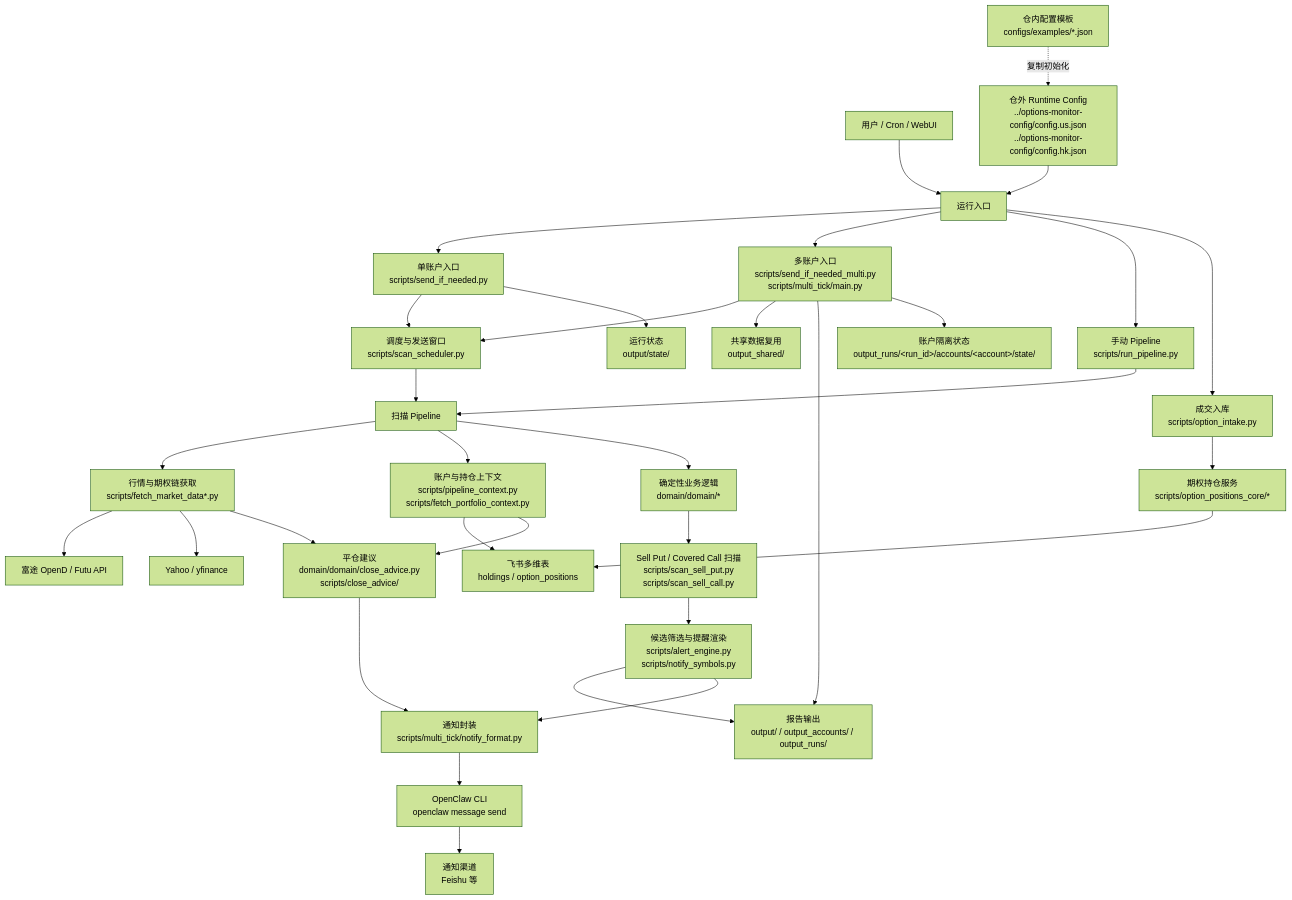
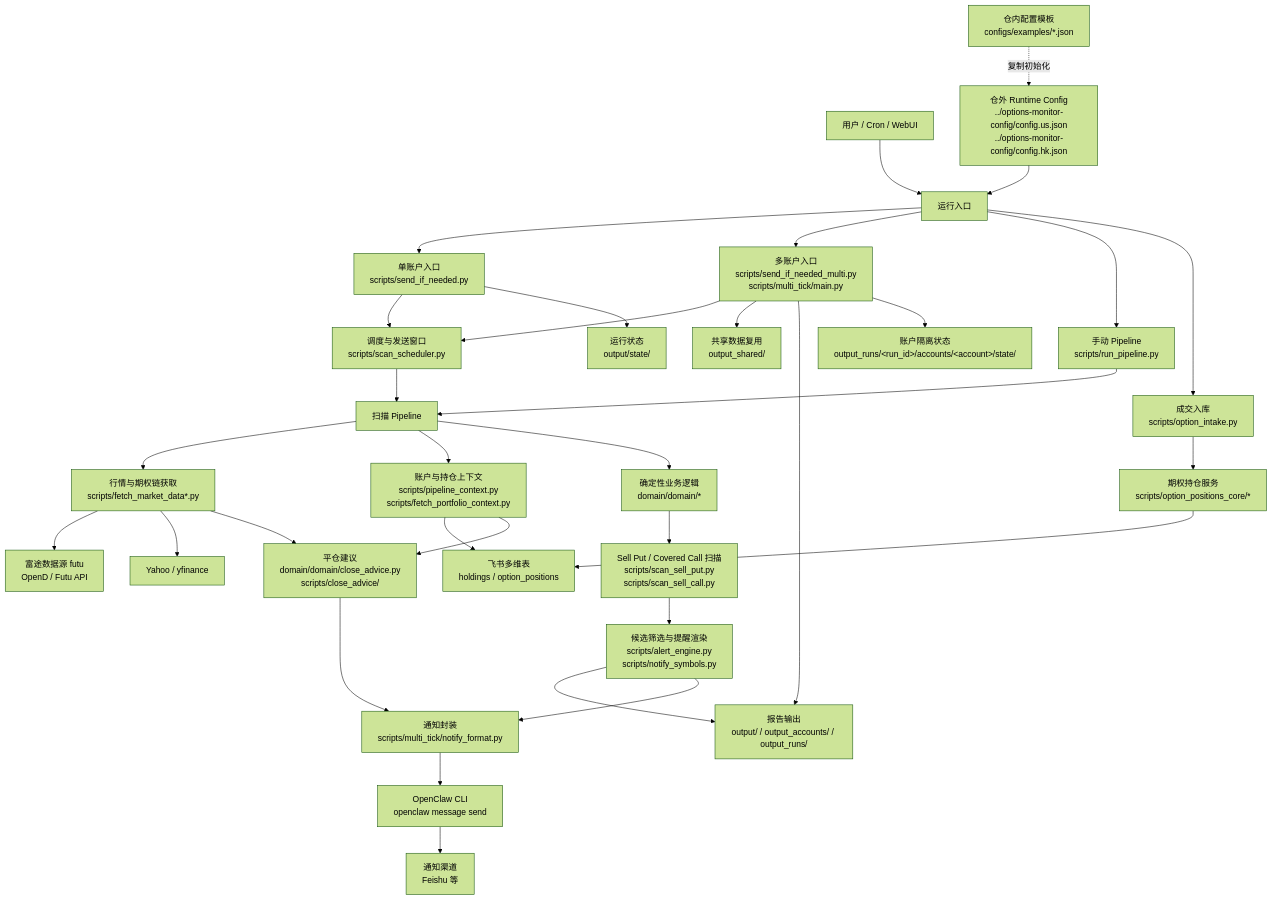
The diagram in README.md (liuxie066/options-monitor), drawn with Mermaid (forest theme) before and after one commit. The commit also changed other lines of this file and 23 other files, not shown here.

````diff
--- a/README.md
+++ b/README.md
@@ -18,43 +18,43 @@
 ```mermaid
 flowchart TD
     User["用户 / Cron / WebUI"] --> Entrypoints["运行入口"]
     Entrypoints --> Single["单账户入口<br/>scripts/send_if_needed.py"]
     Entrypoints --> Multi["多账户入口<br/>scripts/send_if_needed_multi.py<br/>scripts/multi_tick/main.py"]
     Entrypoints --> Pipeline["手动 Pipeline<br/>scripts/run_pipeline.py"]
     Entrypoints --> Intake["成交入库<br/>scripts/option_intake.py"]
 
     RuntimeConfig["仓外 Runtime Config<br/>../options-monitor-config/config.us.json<br/>../options-monitor-config/config.hk.json"] --> Entrypoints
     Examples["仓内配置模板<br/>configs/examples/*.json"] -.复制初始化.-> RuntimeConfig
 
     Multi --> Scheduler["调度与发送窗口<br/>scripts/scan_scheduler.py"]
     Single --> Scheduler
     Scheduler --> PipelineCore["扫描 Pipeline"]
     Pipeline --> PipelineCore
 
     PipelineCore --> Fetch["行情与期权链获取<br/>scripts/fetch_market_data*.py"]
-    Fetch --> OpenD["富途 OpenD / Futu API"]
+    Fetch --> Futu["富途数据源 futu<br/>OpenD / Futu API"]
     Fetch --> Yahoo["Yahoo / yfinance"]
 
     PipelineCore --> Context["账户与持仓上下文<br/>scripts/pipeline_context.py<br/>scripts/fetch_portfolio_context.py"]
     Context --> Feishu["飞书多维表<br/>holdings / option_positions"]
 
     PipelineCore --> Domain["确定性业务逻辑<br/>domain/domain/*"]
     Domain --> Scan["Sell Put / Covered Call 扫描<br/>scripts/scan_sell_put.py<br/>scripts/scan_sell_call.py"]
     Scan --> Alert["候选筛选与提醒渲染<br/>scripts/alert_engine.py<br/>scripts/notify_symbols.py"]
     Context --> CloseAdvice["平仓建议<br/>domain/domain/close_advice.py<br/>scripts/close_advice/"]
     Fetch --> CloseAdvice
 
     Multi --> SharedCache["共享数据复用<br/>output_shared/"]
     Alert --> Reports["报告输出<br/>output/ / output_accounts/ / output_runs/"]
     Multi --> Reports
     Single --> State["运行状态<br/>output/state/"]
     Multi --> AccountState["账户隔离状态<br/>output_runs/&lt;run_id&gt;/accounts/&lt;account&gt;/state/"]
 
     Alert --> Notify["通知封装<br/>scripts/multi_tick/notify_format.py"]
     CloseAdvice --> Notify
     Notify --> OpenClaw["OpenClaw CLI<br/>openclaw message send"]
     OpenClaw --> Channel["通知渠道<br/>Feishu 等"]
 
     Intake --> PositionCore["期权持仓服务<br/>scripts/option_positions_core/*"]
     PositionCore --> Feishu
 ```
````
